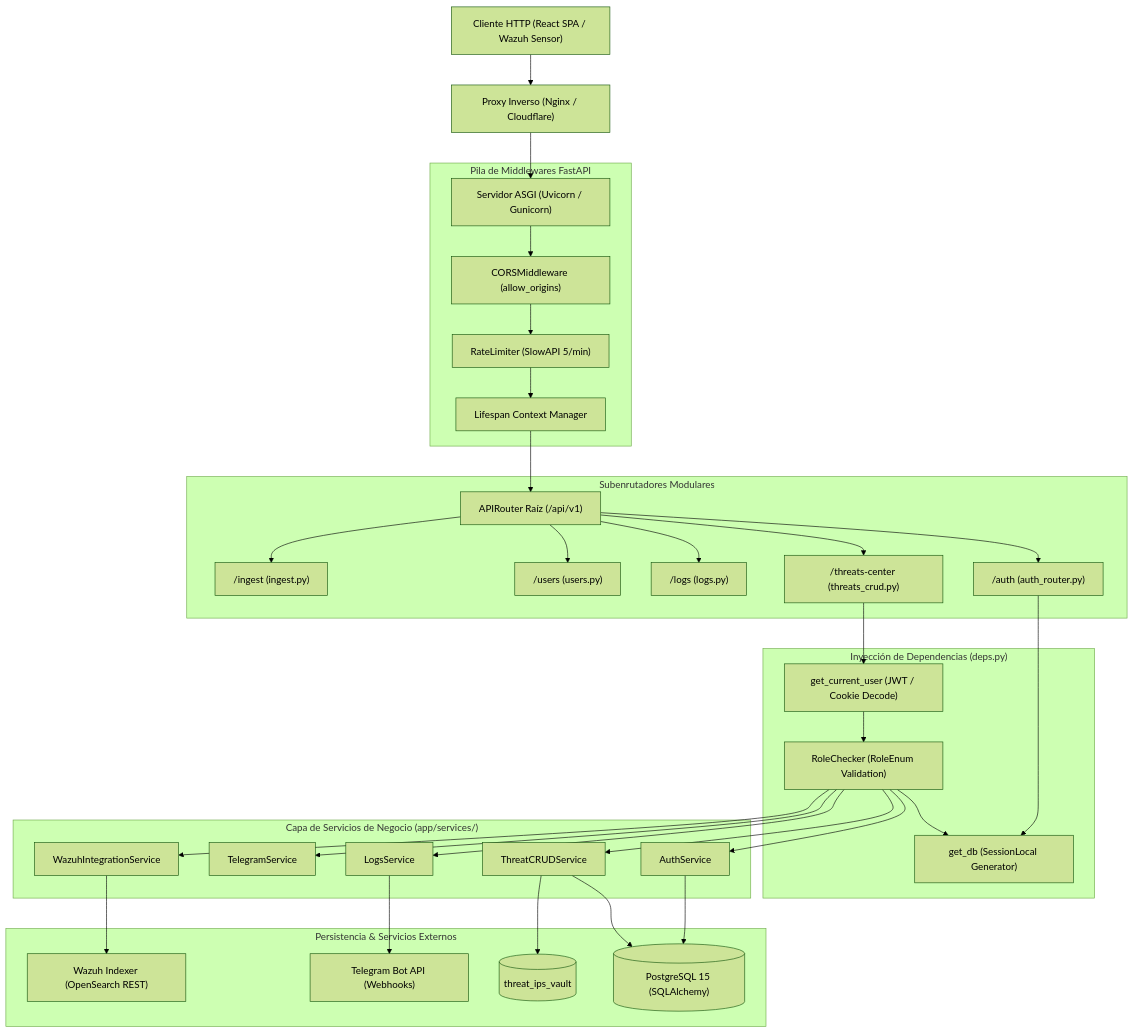
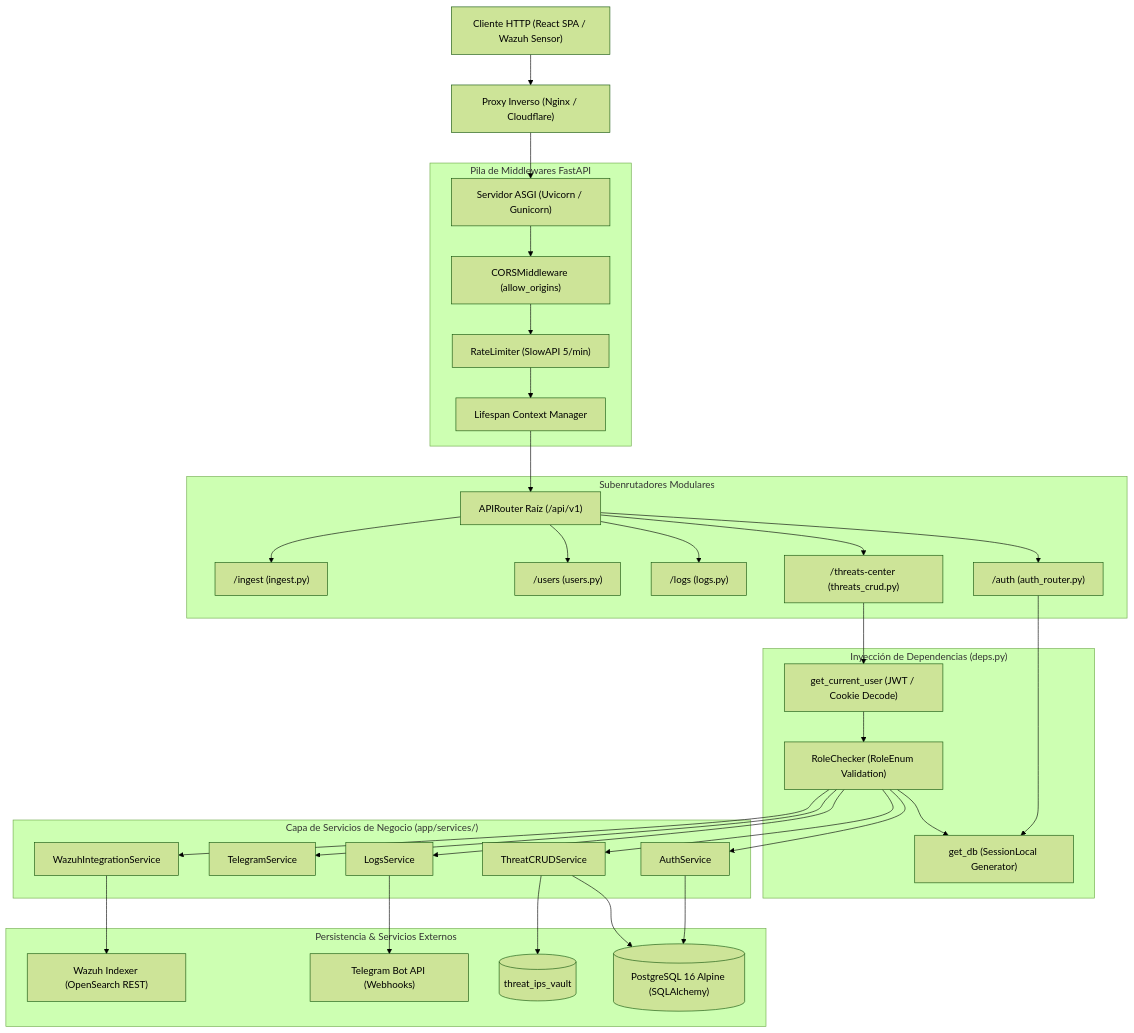
One commit to johanP051/honeymetrics-documentacion changed the first of 6 diagrams in docs/manual-tecnico.md. Above: the diagram before and after it, drawn with Mermaid (forest theme). The commit also changed other lines of this file, not shown here.

Commit message:
docs(architecture): incorporar capitulos de pytest, gobernanza dual PoLP/PBAC, PL/pgSQL y troubleshooting docker en manual tecnico

````diff
--- a/docs/manual-tecnico.md
+++ b/docs/manual-tecnico.md
@@ -131,44 +152,44 @@
 ```mermaid
 flowchart TD
     Client["Cliente HTTP (React SPA / Wazuh Sensor)"] --> ReverseProxy["Proxy Inverso (Nginx / Cloudflare)"]
     ReverseProxy --> Uvicorn["Servidor ASGI (Uvicorn / Gunicorn)"]
     
     subgraph Middlewares["Pila de Middlewares FastAPI"]
         Uvicorn --> CORSMw["CORSMiddleware (allow_origins)"]
         CORSMw --> RateLimitMw["RateLimiter (SlowAPI 5/min)"]
         RateLimitMw --> LifespanMw["Lifespan Context Manager"]
     end
     
     LifespanMw --> RootRouter["APIRouter Raíz (/api/v1)"]
     
     subgraph SubRouters["Subenrutadores Modulares"]
         RootRouter --> R_Auth["/auth (auth_router.py)"]
         RootRouter --> R_Threats["/threats-center (threats_crud.py)"]
         RootRouter --> R_Logs["/logs (logs.py)"]
         RootRouter --> R_Users["/users (users.py)"]
         RootRouter --> R_Ingest["/ingest (ingest.py)"]
     end
     
     subgraph SecurityDependencies["Inyección de Dependencias (deps.py)"]
         R_Auth --> D_DB["get_db (SessionLocal Generator)"]
         R_Threats --> D_User["get_current_user (JWT / Cookie Decode)"]
         D_User --> D_Role["RoleChecker (RoleEnum Validation)"]
         D_Role --> D_DB
     end
     
     subgraph ServiceLayer["Capa de Servicios de Negocio (app/services/)"]
         D_Role --> S_Auth["AuthService"]
         D_Role --> S_Threat["ThreatCRUDService"]
         D_Role --> S_Logs["LogsService"]
         D_Role --> S_Telegram["TelegramService"]
         D_Role --> S_Wazuh["WazuhIntegrationService"]
     end
     
     subgraph Infrastructure["Persistencia & Servicios Externos"]
-        S_Auth --> DB_Postgres[("PostgreSQL 15 (SQLAlchemy)")]
+        S_Auth --> DB_Postgres[("PostgreSQL 16 Alpine (SQLAlchemy)")]
         S_Threat --> DB_Postgres
         S_Threat --> Ext_Vault[("threat_ips_vault")]
         S_Logs --> Ext_Telegram["Telegram Bot API (Webhooks)"]
         S_Wazuh --> Ext_OpenSearch["Wazuh Indexer (OpenSearch REST)"]
     end
 ```
````
